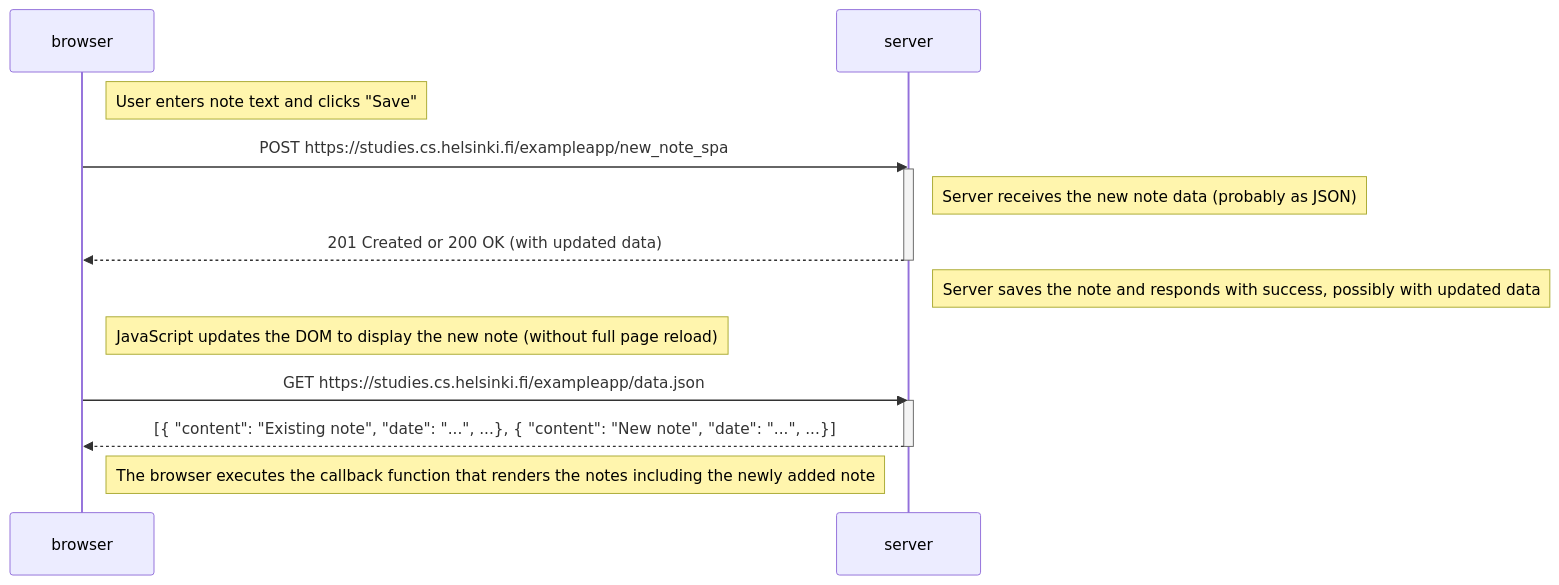
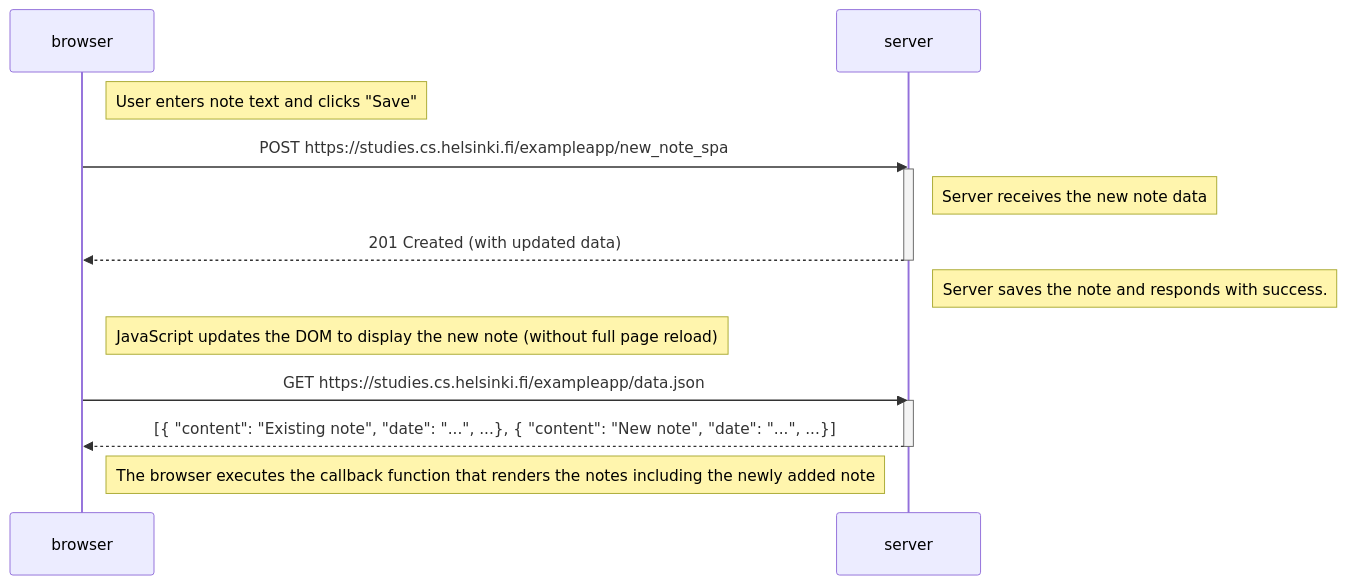
Before and after one commit to ephemeral172/FullStackOpen: the diagram in part0/Exercises 0.1-0.6/0.6 New note in Single page app diagram.md, drawn with Mermaid.

Commit message:
Update 0.6 New note in Single page app diagram.md

````diff
--- a/part0/Exercises 0.1-0.6/0.6 New note in Single page app diagram.md
+++ b/part0/Exercises 0.1-0.6/0.6 New note in Single page app diagram.md
@@ -1,35 +1,35 @@
 ```mermaid
 
 sequenceDiagram
 
     participant browser
 
     participant server
 
     Note right of browser: User enters note text and clicks "Save"
 
     browser->>server: POST https://studies.cs.helsinki.fi/exampleapp/new_note_spa
 
     activate server
 
-    Note right of server: Server receives the new note data (probably as JSON)
+    Note right of server: Server receives the new note data
 
-    server-->>browser: 201 Created or 200 OK (with updated data)
+    server-->>browser: 201 Created (with updated data)
 
     deactivate server
 
-    Note right of server: Server saves the note and responds with success, possibly with updated data
+    Note right of server: Server saves the note and responds with success.
 
     Note right of browser: JavaScript updates the DOM to display the new note (without full page reload)
 
     browser->>server: GET https://studies.cs.helsinki.fi/exampleapp/data.json
 
     activate server
 
     server-->>browser: [{ "content": "Existing note", "date": "...", ...}, { "content": "New note", "date": "...", ...}]
 
     deactivate server
 
     Note right of browser: The browser executes the callback function that renders the notes including the newly added note
 
 ```
````
